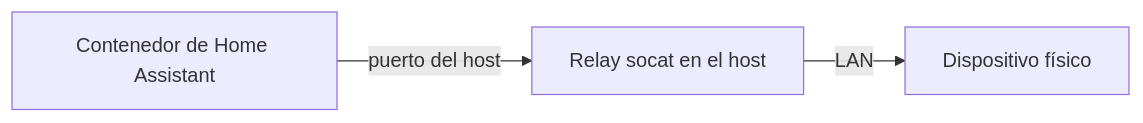
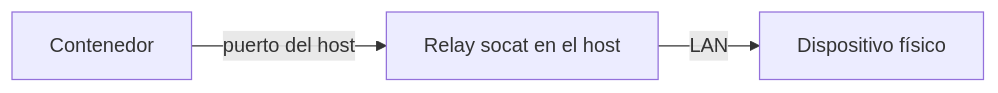
Before and after one commit to miquelblanch/homelab-ai-platform: the second of 2 diagrams in docs/architecture.md, drawn with Mermaid. The commit also changed other lines of this file and 9 other files, not shown here.

````diff
--- a/docs/architecture.md
+++ b/docs/architecture.md
@@ -310,5 +324,5 @@
 ```mermaid
 flowchart LR
-    HA[Contenedor de Home Assistant] -->|puerto del host| R[Relay socat en el host]
+    HA[Contenedor] -->|puerto del host| R[Relay socat en el host]
     R -->|LAN| DEV[Dispositivo físico]
 ```
````
